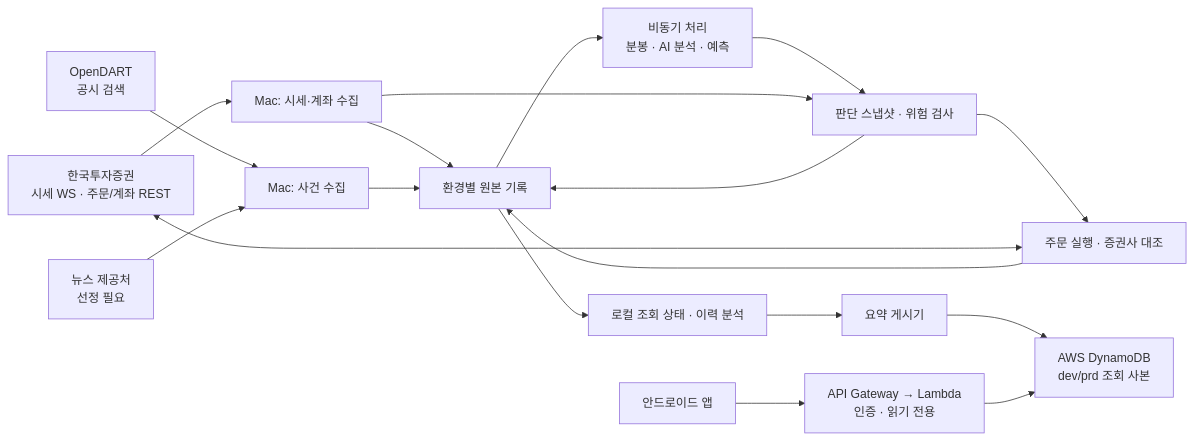
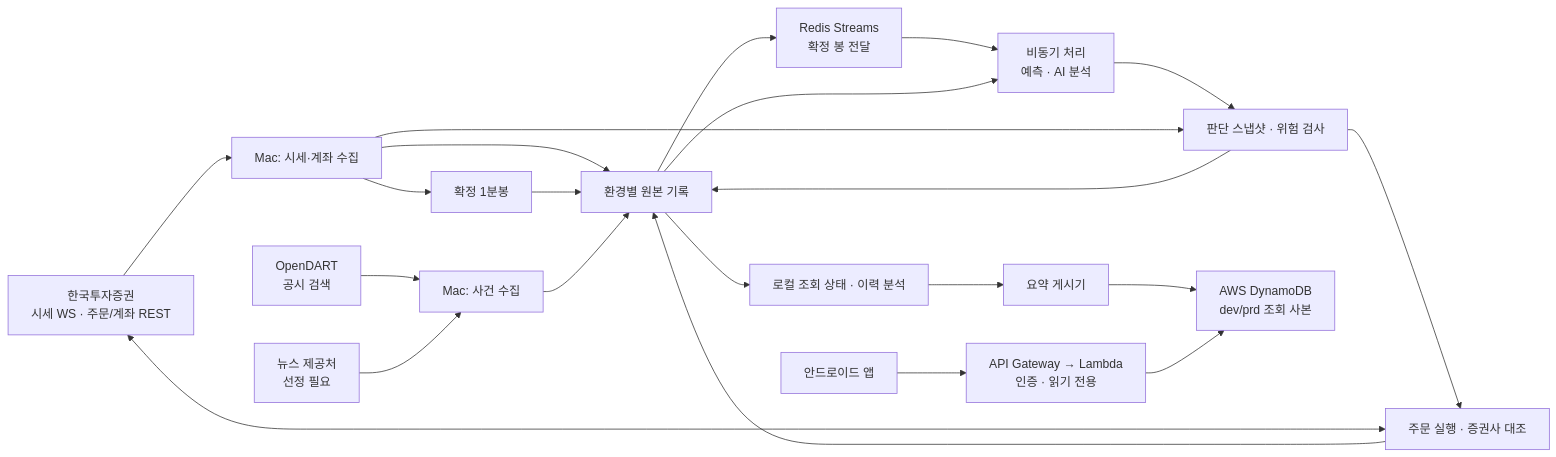
The first of 3 diagrams in docs/hld/HLD.md (ShinYEB/Auto-helm), drawn with Mermaid before and after one commit. The commit also changed other lines of this file and 1 other file, not shown here.

Commit message:
Design Redis Streams handoff for minute bars

````diff
--- a/docs/hld/HLD.md
+++ b/docs/hld/HLD.md
@@ -21,20 +21,24 @@
 ```mermaid
 flowchart LR
     KIS["한국투자증권<br/>시세 WS · 주문/계좌 REST"] --> ING["Mac: 시세·계좌 수집"]
     DART["OpenDART<br/>공시 검색"] --> EVT["Mac: 사건 수집"]
     NEWS["뉴스 제공처<br/>선정 필요"] --> EVT
     ING --> JOURNAL["환경별 원본 기록"]
+    ING --> BAR["확정 1분봉"]
+    BAR --> JOURNAL
+    JOURNAL --> REDIS["Redis Streams<br/>확정 봉 전달"]
+    REDIS --> WORK["비동기 처리<br/>예측 · AI 분석"]
     EVT --> JOURNAL
-    JOURNAL --> WORK["비동기 처리<br/>분봉 · AI 분석 · 예측"]
+    JOURNAL --> WORK
     WORK --> DEC["판단 스냅샷 · 위험 검사"]
     ING --> DEC
     DEC --> ORD["주문 실행 · 증권사 대조"]
     ORD <--> KIS
     DEC --> JOURNAL
     ORD --> JOURNAL
     JOURNAL --> PROJ["로컬 조회 상태 · 이력 분석"]
     PROJ --> PUB["요약 게시기"]
     PUB --> DDB["AWS DynamoDB<br/>dev/prd 조회 사본"]
     APP["안드로이드 앱"] --> API["API Gateway → Lambda<br/>인증 · 읽기 전용"]
     API --> DDB
 ```
````
